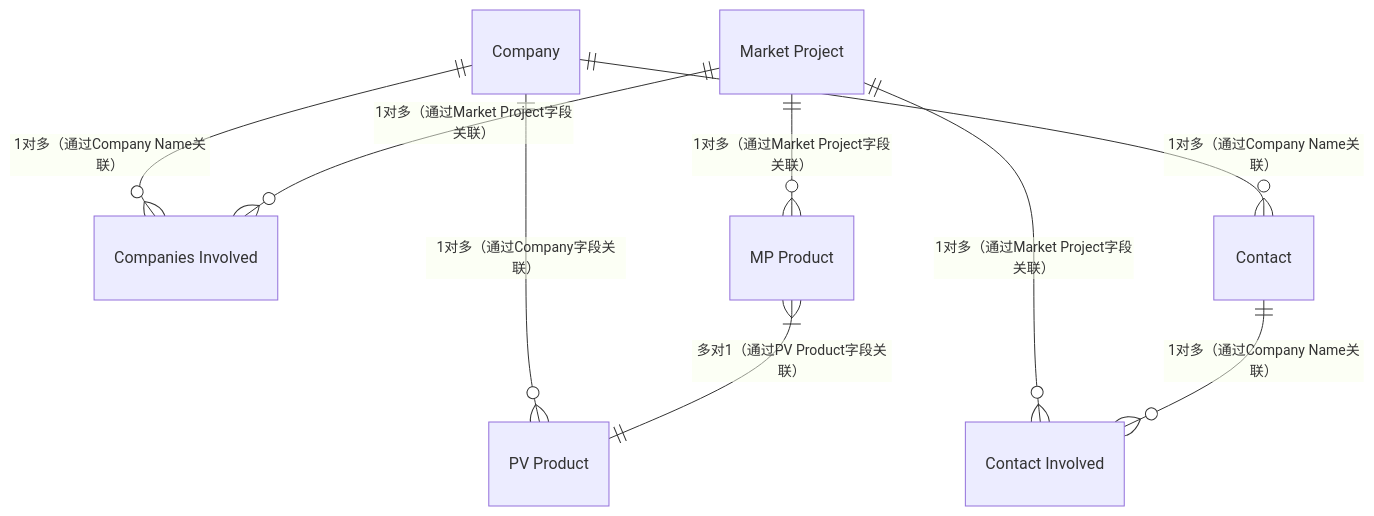
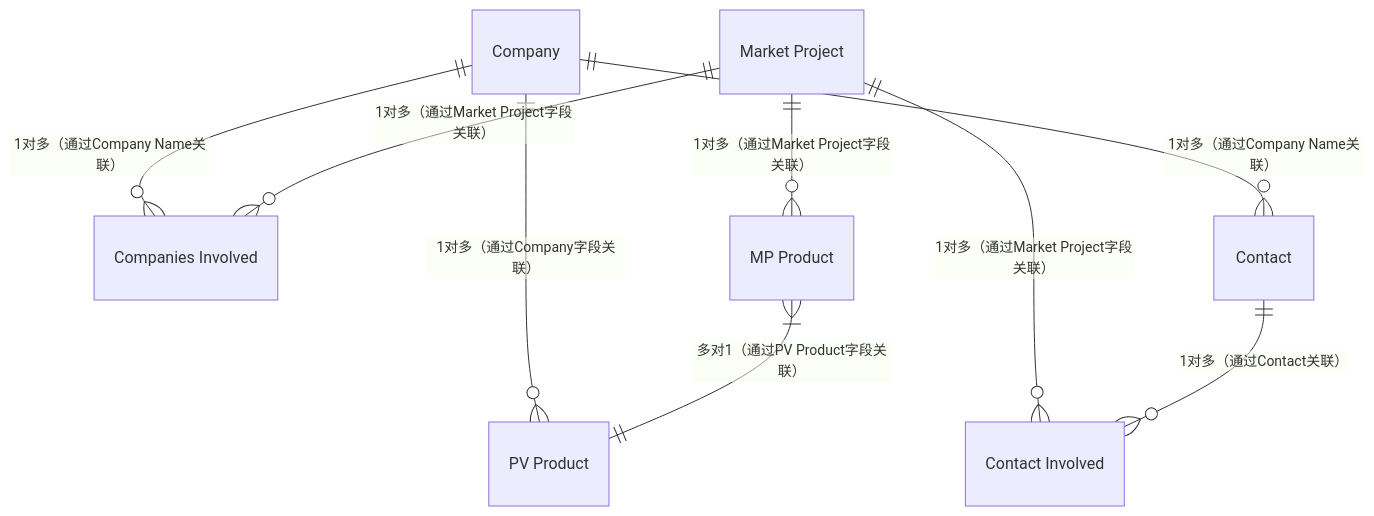
One commit to zhangziru-33/iodraw-files changed the diagram in all/Norden数据E-R图.md. Above: the diagram before and after it, drawn with Mermaid.

Commit message:
2025-12-04 13:23:09 update

````diff
--- a/all/Norden数据E-R图.md
+++ b/all/Norden数据E-R图.md
@@ -1,12 +1,13 @@
 ```mermaid
 %% {init: {'theme': 'base', 'themeVariables': {'background': '#ffffff'}}}%%
 erDiagram
     Company ||--o{ "Companies Involved" : "1对多（通过Company Name关联）"
     Company ||--o{ "PV Product" : "1对多（通过Company字段关联）"
     Company ||--o{ "Contact" : "1对多（通过Company Name关联）"
     "Market Project" ||--o{ "Companies Involved" : "1对多（通过Market Project字段关联）"
     "Market Project" ||--o{ "Contact Involved" : "1对多（通过Market Project字段关联）"
     "Market Project" ||--o{ "MP Product" : "1对多（通过Market Project字段关联）"
     "MP Product" }|--|| "PV Product" : "多对1（通过PV Product字段关联）"
-    Contact ||--o{ "Contact Involved" : "1对多（通过Company Name关联）"
+    Contact ||--o{ "Contact Involved" : "1对多（通过Contact关联）"
+    
 ```
````
